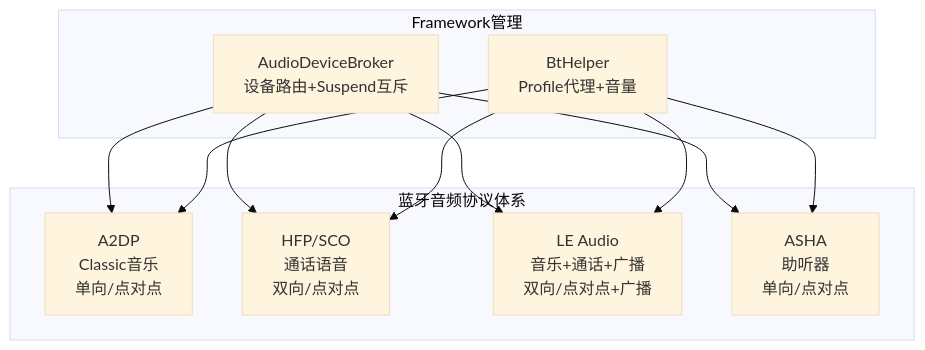
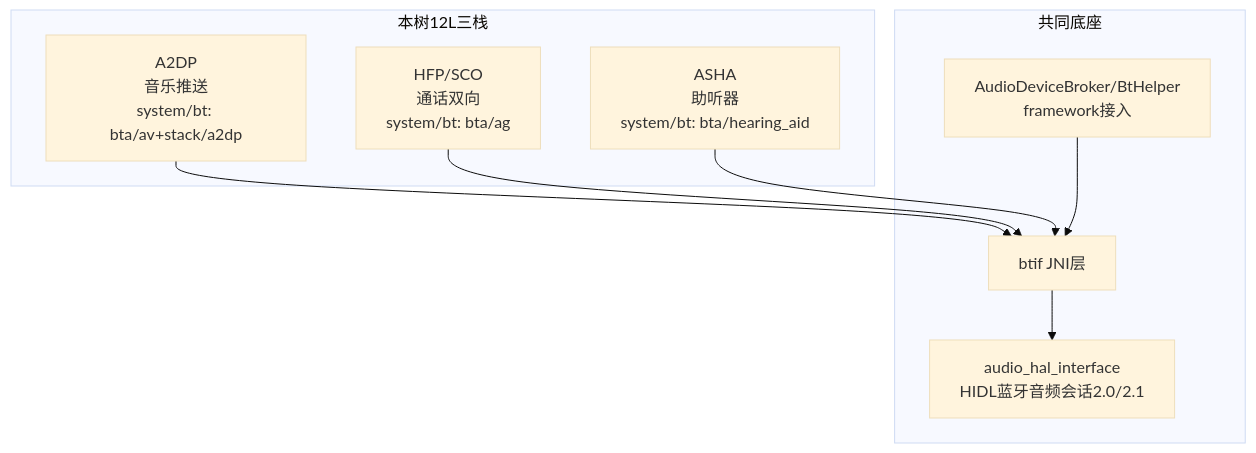
One commit to yanglinzhen1022/SA8295_AAOS_QNX_Audio_KnowledgeBase changed the diagram in 14_Bluetooth_Audio/14_14.11_蓝牙音频对比总结.md. Above: the diagram before and after it, drawn with Mermaid (base theme). The commit also changed other lines of this file and 11 other files, not shown here.

````diff
--- a/14_Bluetooth_Audio/14_14.11_蓝牙音频对比总结.md
+++ b/14_Bluetooth_Audio/14_14.11_蓝牙音频对比总结.md
@@ -11,23 +11,18 @@
 ```mermaid
-graph TB
-    subgraph 蓝牙音频协议体系
-        A2DP[A2DP<br>Classic音乐<br>单向/点对点]
-        HFP[HFP/SCO<br>通话语音<br>双向/点对点]
-        LEA[LE Audio<br>音乐+通话+广播<br>双向/点对点+广播]
-        HA[ASHA<br>助听器<br>单向/点对点]
+flowchart TB
+    subgraph 本树12L三栈
+        A2DP[A2DP<br>音乐推送<br>system/bt: bta/av+stack/a2dp]
+        HFP[HFP/SCO<br>通话双向<br>system/bt: bta/ag]
+        ASHA[ASHA<br>助听器<br>system/bt: bta/hearing_aid]
     end
-
-    subgraph Framework管理
-        ADB[AudioDeviceBroker<br>设备路由+Suspend互斥]
-        BTH[BtHelper<br>Profile代理+音量]
+    subgraph 共同底座
+        BTIF[btif JNI层]
+        HALIF[audio_hal_interface<br>HIDL蓝牙音频会话2.0/2.1]
+        ADB[AudioDeviceBroker/BtHelper<br>framework接入]
     end
-
-    ADB --> A2DP
-    ADB --> HFP
-    ADB --> LEA
-    ADB --> HA
-    BTH --> A2DP
-    BTH --> HFP
-    BTH --> LEA
-    BTH --> HA
+    A2DP --> BTIF
+    HFP --> BTIF
+    ASHA --> BTIF
+    BTIF --> HALIF
+    ADB --> BTIF
 ```
````
